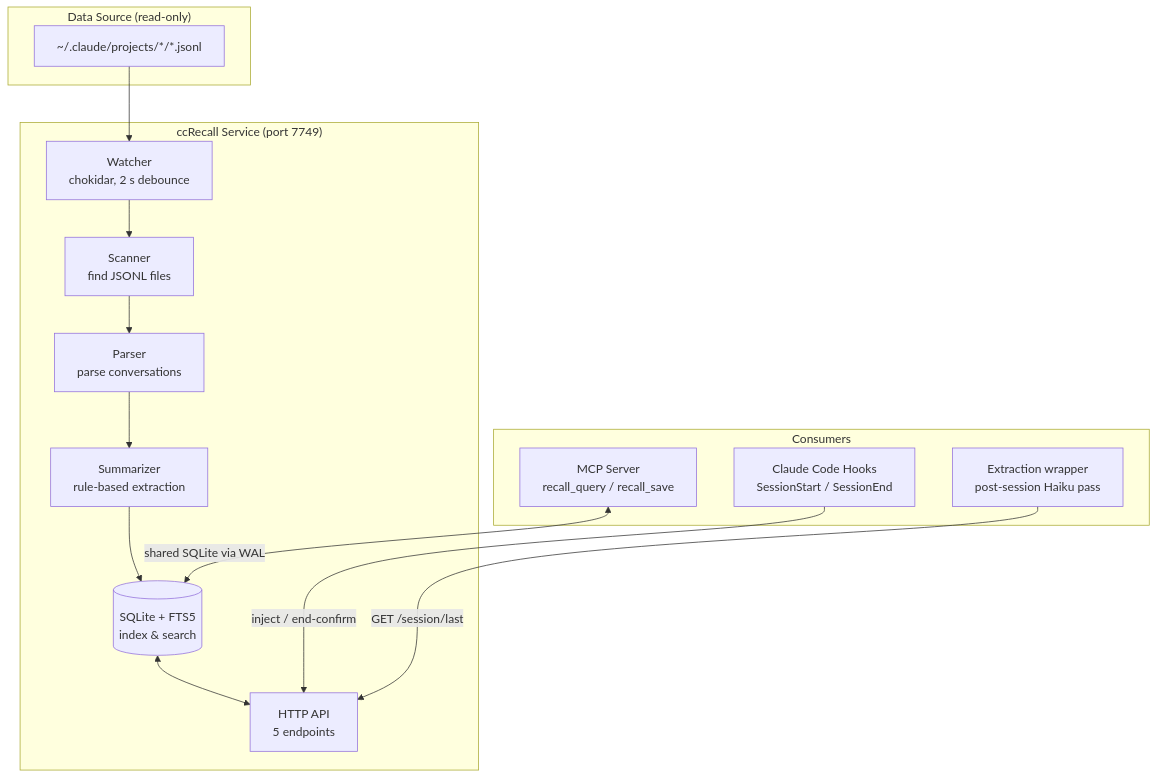
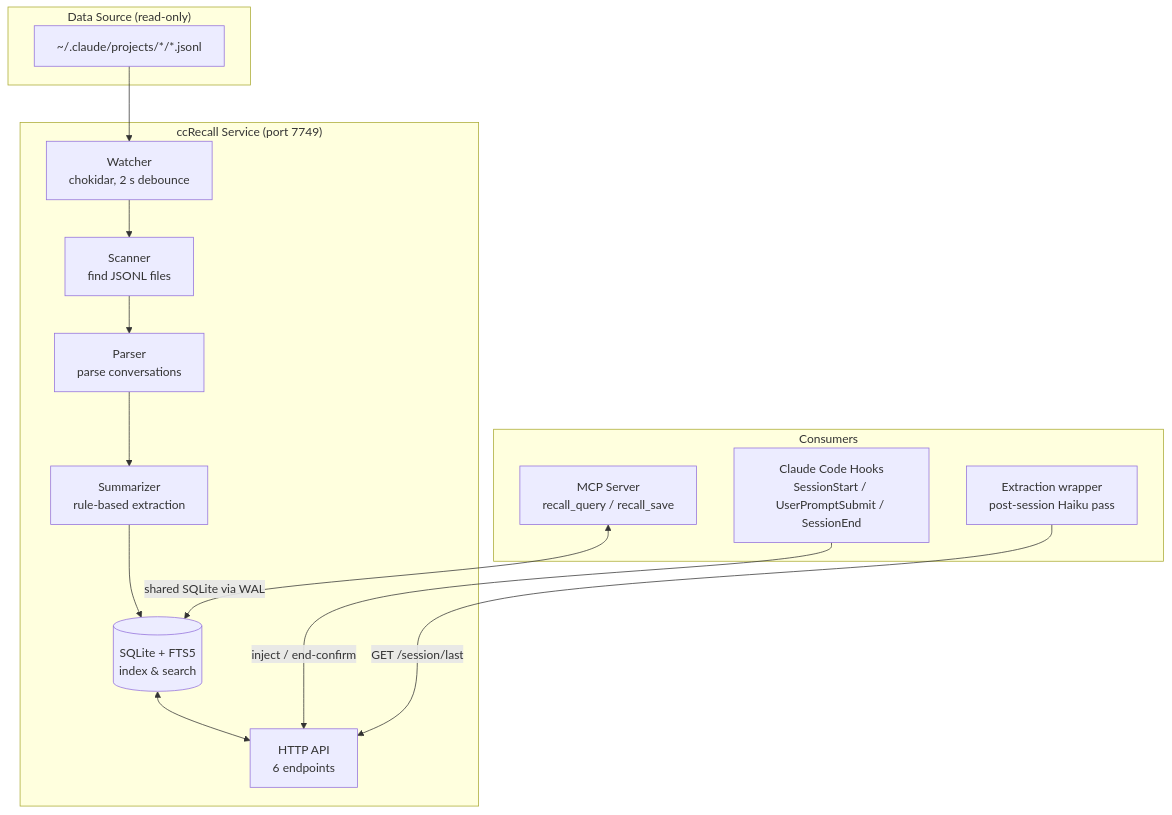
One commit to tznthou/ccRecall changed the first of 2 diagrams in README.md. Above: the diagram before and after it, drawn with Mermaid. The commit also changed other lines of this file and 2 other files, not shown here.

````diff
--- a/README.md
+++ b/README.md
@@ -76,27 +82,27 @@
 ```mermaid
 flowchart TB
     subgraph Input["Data Source (read-only)"]
         JSONL["~/.claude/projects/*/*.jsonl"]
     end
 
     subgraph Core["ccRecall Service (port 7749)"]
         Watcher["Watcher<br/>chokidar, 2 s debounce"]
         Scanner["Scanner<br/>find JSONL files"]
         Parser["Parser<br/>parse conversations"]
         Summarizer["Summarizer<br/>rule-based extraction"]
         DB[("SQLite + FTS5<br/>index & search")]
-        API["HTTP API<br/>5 endpoints"]
+        API["HTTP API<br/>6 endpoints"]
     end
 
     subgraph Consumers["Consumers"]
-        Hook["Claude Code Hooks<br/>SessionStart / SessionEnd"]
+        Hook["Claude Code Hooks<br/>SessionStart / UserPromptSubmit / SessionEnd"]
         Wrapper["Extraction wrapper<br/>post-session Haiku pass"]
         MCP["MCP Server<br/>recall_query / recall_save"]
     end
 
     JSONL --> Watcher --> Scanner --> Parser --> Summarizer --> DB
     DB <--> API
     Hook -->|"inject / end-confirm"| API
     Wrapper -->|"GET /session/last"| API
     MCP <-->|"shared SQLite via WAL"| DB
 ```
````
